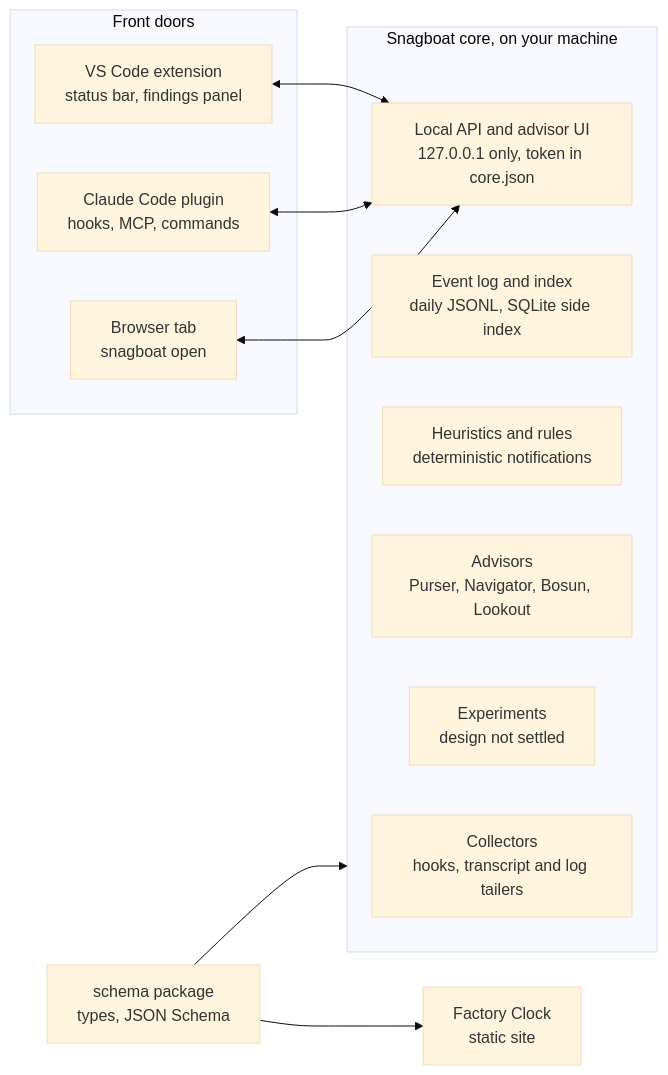
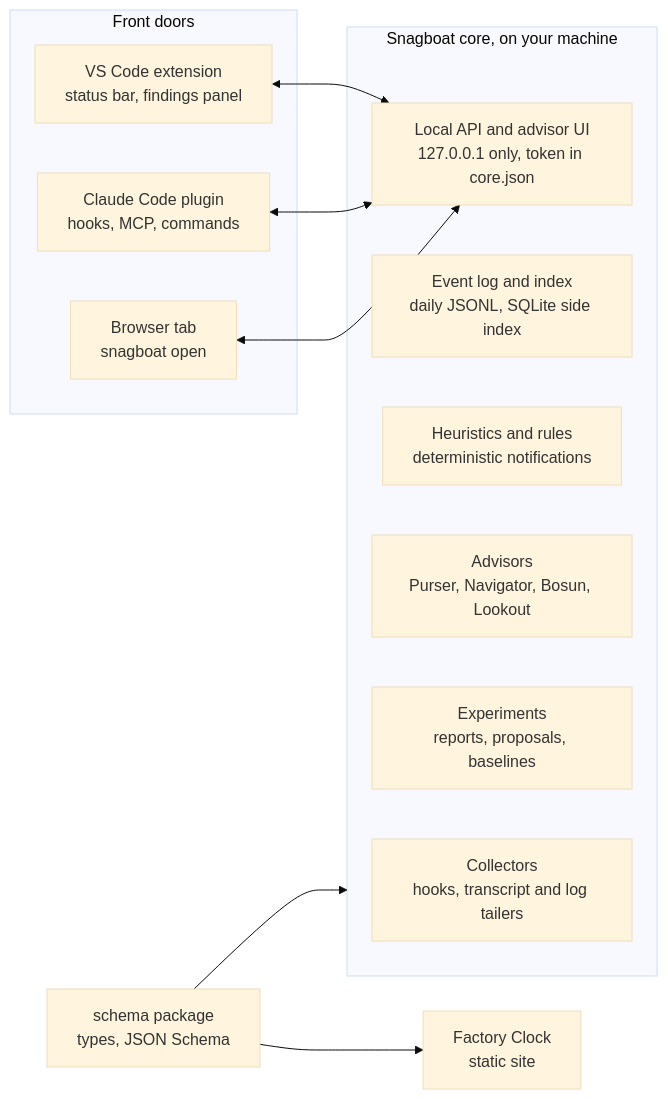
Before and after one commit to DChristianson/snagboat: the diagram in docs/design/architecture-rfc.md, drawn with Mermaid (base theme). The commit also changed other lines of this file and 6 other files, not shown here.

````diff
--- a/docs/design/architecture-rfc.md
+++ b/docs/design/architecture-rfc.md
@@ -64,21 +64,21 @@
 ```mermaid
 flowchart LR
   subgraph Doors["Front doors"]
     VS["VS Code extension<br>status bar, findings panel"]
     CC["Claude Code plugin<br>hooks, MCP, commands"]
     BR["Browser tab<br>snagboat open"]
   end
   subgraph Core["Snagboat core, on your machine"]
     COL["Collectors<br>hooks, transcript and log tailers"]
     LOG["Event log and index<br>daily JSONL, SQLite side index"]
     HEU["Heuristics and rules<br>deterministic notifications"]
     PER["Advisors<br>Purser, Navigator, Bosun, Lookout"]
-    EXP["Experiments<br>design not settled"]
+    EXP["Experiments<br>reports, proposals, baselines"]
     API["Local API and advisor UI<br>127.0.0.1 only, token in core.json"]
   end
   SCH["schema package<br>types, JSON Schema"]
   VIZ["Factory Clock<br>static site"]
   VS & CC & BR <--> API
   SCH --> Core
   SCH --> VIZ
 ```
````
